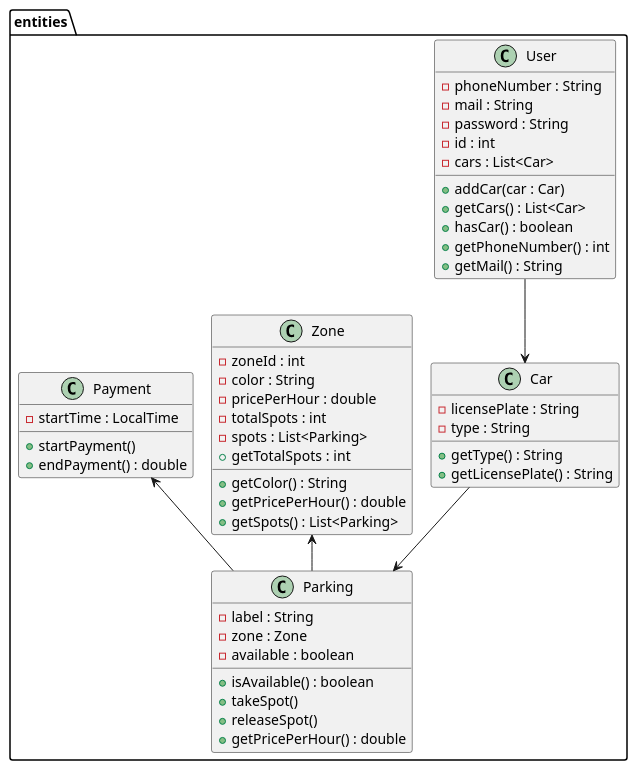
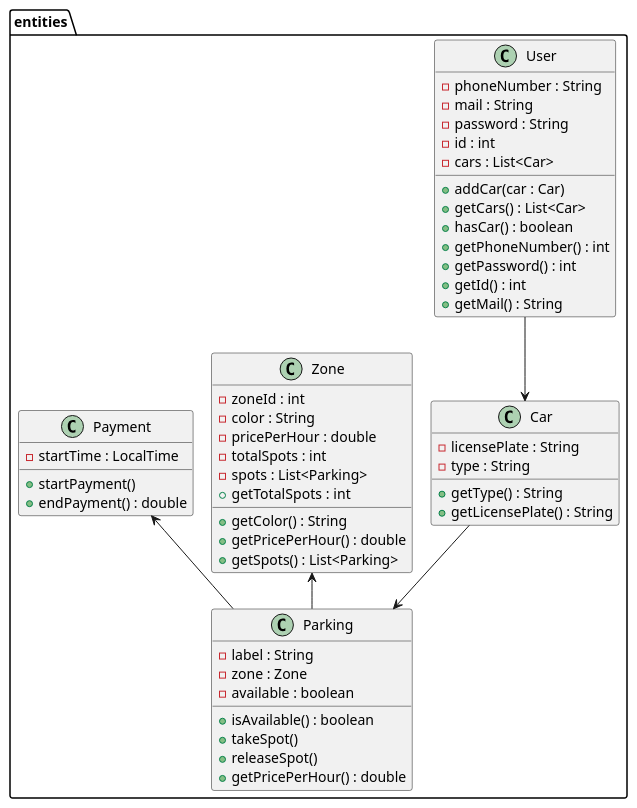
Before and after one commit to Hanibans/PetProject-ParkingApp: the diagram in doc/Klassediagramv3.puml, drawn with PlantUML.

Commit message:
klassediagramv3 entites update

```diff
--- a/doc/Klassediagramv3.puml
+++ b/doc/Klassediagramv3.puml
@@ -1,62 +1,64 @@
 @startuml
 !pragma layout smetana
 
 package entities {
 
   class User {
     - phoneNumber : String
     - mail : String
     - password : String
     - id : int
     - cars : List<Car>
     + addCar(car : Car)
     + getCars() : List<Car>
     + hasCar() : boolean
     + getPhoneNumber() : int
+    + getPassword() : int
+    + getId() : int
     + getMail() : String
   }
 
   class Car {
     - licensePlate : String
     - type : String
     + getType() : String
     + getLicensePlate() : String
   }
 
   class Zone {
     - zoneId : int
     - color : String
     - pricePerHour : double
     - totalSpots : int
     - spots : List<Parking>
     + getColor() : String
     + getPricePerHour() : double
     + getTotalSpots : int
     + getSpots() : List<Parking>
 
   }
 
   class Parking {
     - label : String
     - zone : Zone
     - available : boolean
     + isAvailable() : boolean
     + takeSpot()
     + releaseSpot()
     + getPricePerHour() : double
   }
 
   class Payment {
     - startTime : LocalTime
     + startPayment()
     + endPayment() : double
   }
 }
 
 
 User --> Car
 Car --> Parking
 Zone <-- Parking
 Payment <-- Parking
 
 @enduml
```
